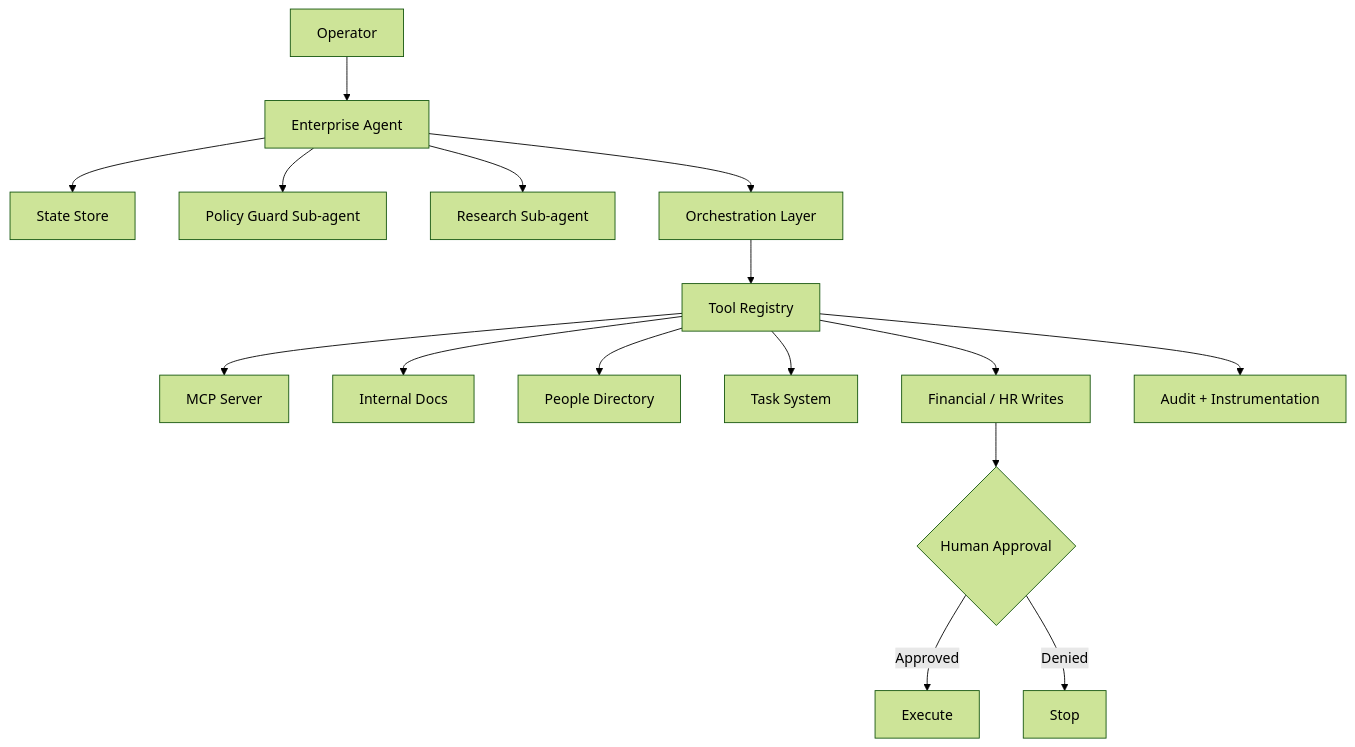
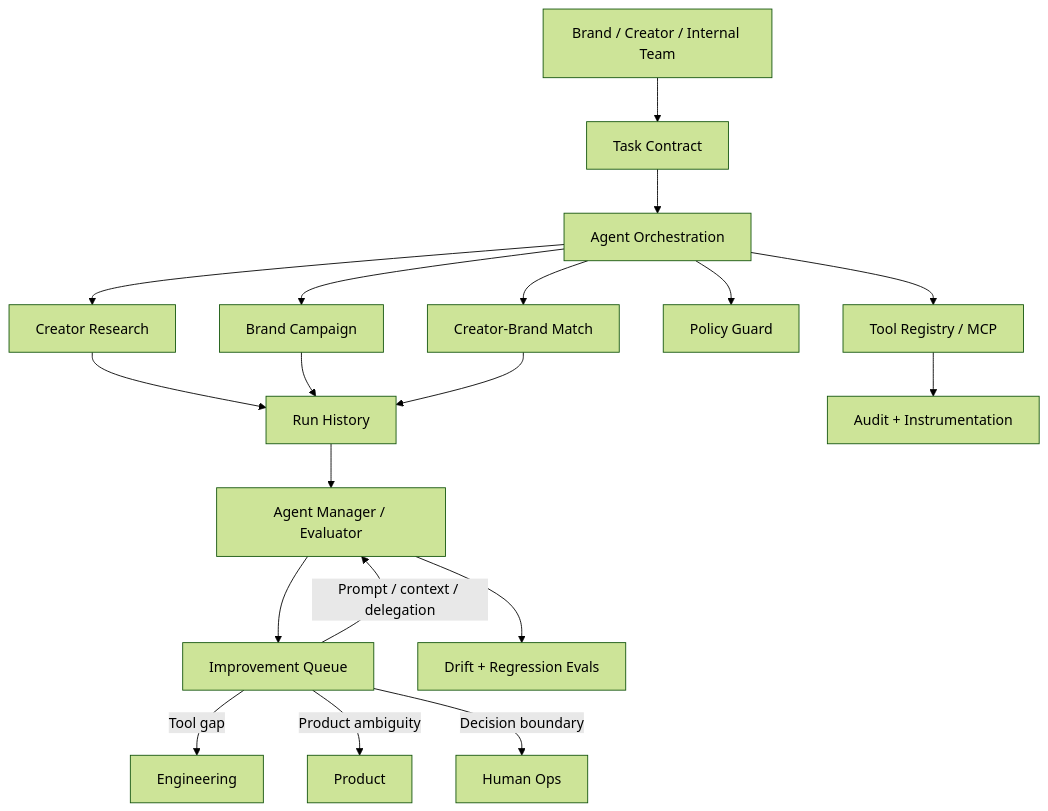
Before and after one commit to dktrn9ne/enterprise-agent-workbench: the diagram in README.md, drawn with Mermaid (forest theme). The commit also changed other lines of this file, not shown here.

Commit message:
position workbench around agent management

````diff
--- a/README.md
+++ b/README.md
@@ -23,18 +45,22 @@
 ```mermaid
 flowchart TD
-    U[Operator] --> A[Enterprise Agent]
-    A --> S[State Store]
-    A --> G[Policy Guard Sub-agent]
-    A --> R[Research Sub-agent]
-    A --> O[Orchestration Layer]
-    O --> T[Tool Registry]
-    T --> M[MCP Server]
-    T --> D[Internal Docs]
-    T --> P[People Directory]
-    T --> J[Task System]
-    T --> F[Financial / HR Writes]
-    F --> H{Human Approval}
-    H -->|Approved| X[Execute]
-    H -->|Denied| N[Stop]
-    T --> L[Audit + Instrumentation]
+    C[Brand / Creator / Internal Team] --> T[Task Contract]
+    T --> O[Agent Orchestration]
+    O --> CR[Creator Research]
+    O --> BC[Brand Campaign]
+    O --> CM[Creator-Brand Match]
+    CR --> R[Run History]
+    BC --> R
+    CM --> R
+    R --> AM[Agent Manager / Evaluator]
+    AM --> Q[Improvement Queue]
+    Q -->|Prompt / context / delegation| AM
+    Q -->|Tool gap| E[Engineering]
+    Q -->|Product ambiguity| P[Product]
+    Q -->|Decision boundary| H[Human Ops]
+    AM --> D[Drift + Regression Evals]
+
+    O --> G[Policy Guard]
+    O --> TR[Tool Registry / MCP]
+    TR --> A[Audit + Instrumentation]
 ```
````
